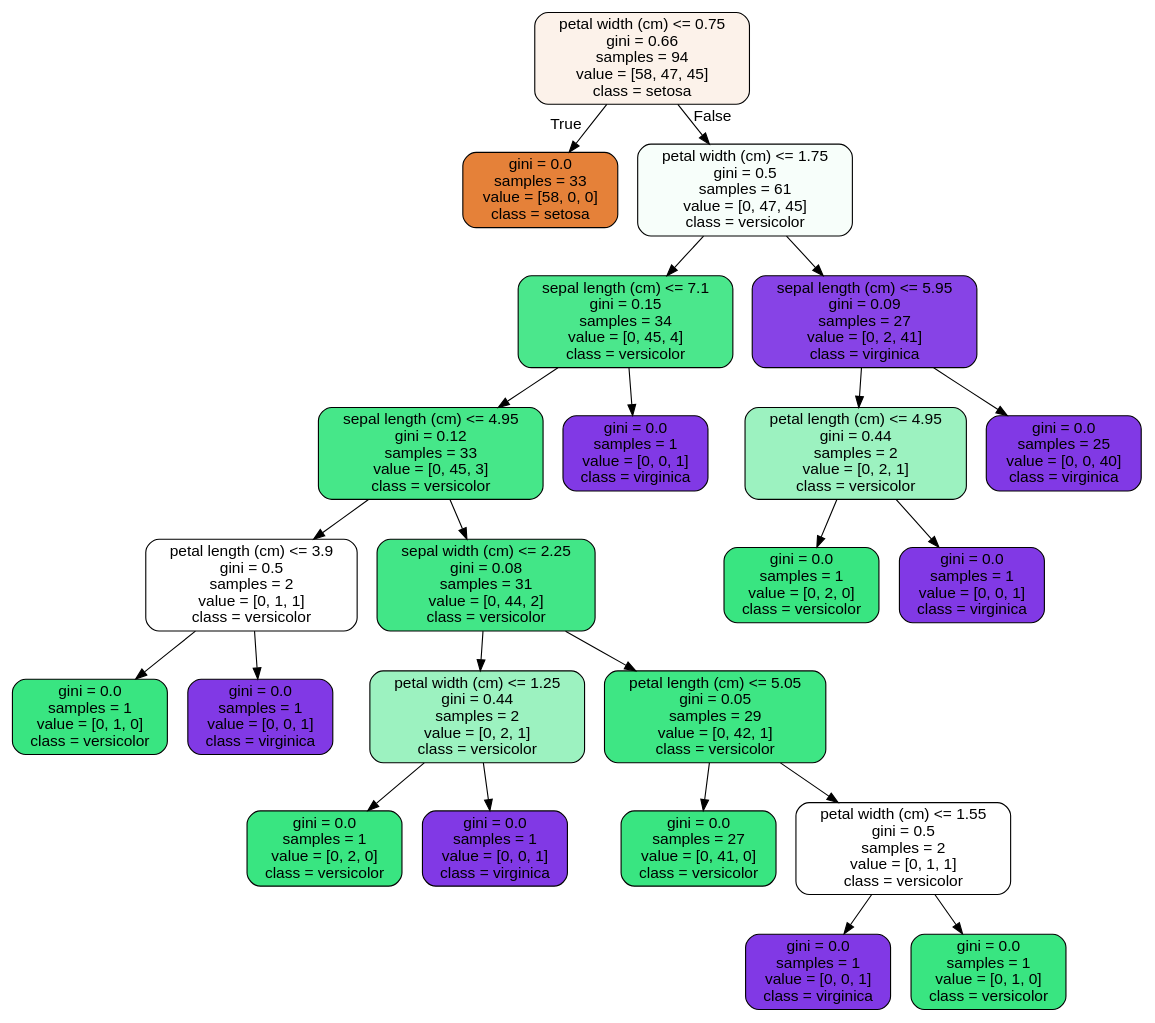
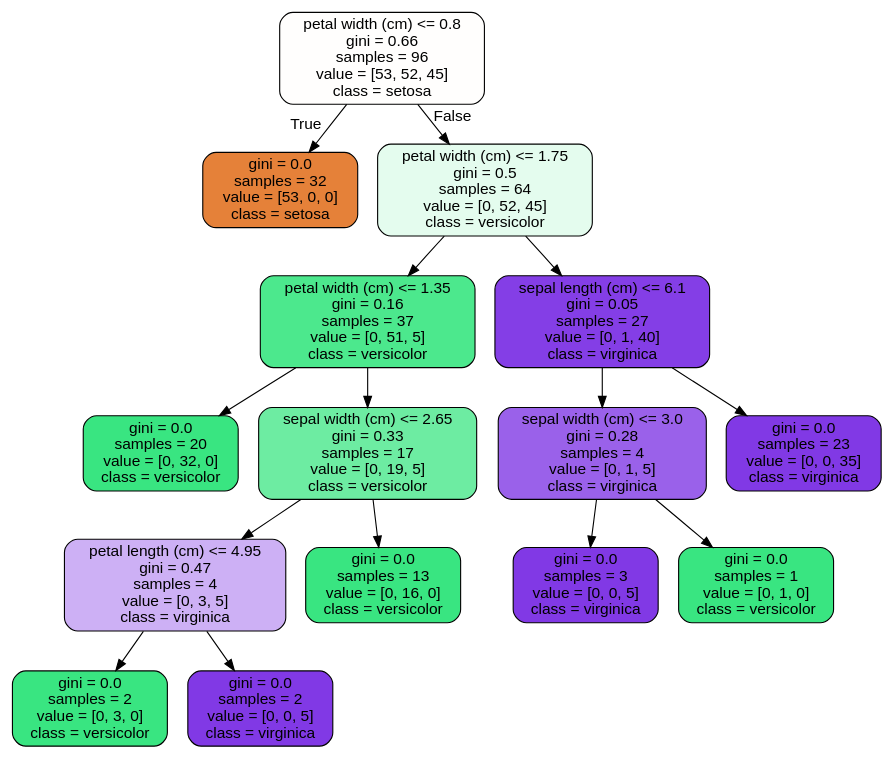
The diagram in RandomForest Covid Case Study/tree.dot (ixc9907/Springboard), drawn with Graphviz before and after one commit. The commit also changed 2 other files, not shown here.

```diff
--- a/RandomForest Covid Case Study/tree.dot
+++ b/RandomForest Covid Case Study/tree.dot
@@ -1,49 +1,33 @@
 digraph Tree {
 node [shape=box, style="filled, rounded", color="black", fontname=helvetica] ;
 edge [fontname=helvetica] ;
-0 [label="petal width (cm) <= 0.75\ngini = 0.66\nsamples = 94\nvalue = [58, 47, 45]\nclass = setosa", fillcolor="#fcf2ea"] ;
-1 [label="gini = 0.0\nsamples = 33\nvalue = [58, 0, 0]\nclass = setosa", fillcolor="#e58139"] ;
+0 [label="petal width (cm) <= 0.8\ngini = 0.66\nsamples = 96\nvalue = [53, 52, 45]\nclass = setosa", fillcolor="#fffefd"] ;
+1 [label="gini = 0.0\nsamples = 32\nvalue = [53, 0, 0]\nclass = setosa", fillcolor="#e58139"] ;
 0 -> 1 [labeldistance=2.5, labelangle=45, headlabel="True"] ;
-2 [label="petal width (cm) <= 1.75\ngini = 0.5\nsamples = 61\nvalue = [0, 47, 45]\nclass = versicolor", fillcolor="#f7fefa"] ;
+2 [label="petal width (cm) <= 1.75\ngini = 0.5\nsamples = 64\nvalue = [0, 52, 45]\nclass = versicolor", fillcolor="#e4fcee"] ;
 0 -> 2 [labeldistance=2.5, labelangle=-45, headlabel="False"] ;
-3 [label="sepal length (cm) <= 7.1\ngini = 0.15\nsamples = 34\nvalue = [0, 45, 4]\nclass = versicolor", fillcolor="#4be78c"] ;
+3 [label="petal width (cm) <= 1.35\ngini = 0.16\nsamples = 37\nvalue = [0, 51, 5]\nclass = versicolor", fillcolor="#4ce88d"] ;
 2 -> 3 ;
-4 [label="sepal length (cm) <= 4.95\ngini = 0.12\nsamples = 33\nvalue = [0, 45, 3]\nclass = versicolor", fillcolor="#46e789"] ;
+4 [label="gini = 0.0\nsamples = 20\nvalue = [0, 32, 0]\nclass = versicolor", fillcolor="#39e581"] ;
 3 -> 4 ;
-5 [label="petal length (cm) <= 3.9\ngini = 0.5\nsamples = 2\nvalue = [0, 1, 1]\nclass = versicolor", fillcolor="#ffffff"] ;
-4 -> 5 ;
-6 [label="gini = 0.0\nsamples = 1\nvalue = [0, 1, 0]\nclass = versicolor", fillcolor="#39e581"] ;
+5 [label="sepal width (cm) <= 2.65\ngini = 0.33\nsamples = 17\nvalue = [0, 19, 5]\nclass = versicolor", fillcolor="#6deca2"] ;
+3 -> 5 ;
+6 [label="petal length (cm) <= 4.95\ngini = 0.47\nsamples = 4\nvalue = [0, 3, 5]\nclass = virginica", fillcolor="#cdb0f5"] ;
 5 -> 6 ;
-7 [label="gini = 0.0\nsamples = 1\nvalue = [0, 0, 1]\nclass = virginica", fillcolor="#8139e5"] ;
-5 -> 7 ;
-8 [label="sepal width (cm) <= 2.25\ngini = 0.08\nsamples = 31\nvalue = [0, 44, 2]\nclass = versicolor", fillcolor="#42e687"] ;
-4 -> 8 ;
-9 [label="petal width (cm) <= 1.25\ngini = 0.44\nsamples = 2\nvalue = [0, 2, 1]\nclass = versicolor", fillcolor="#9cf2c0"] ;
-8 -> 9 ;
-10 [label="gini = 0.0\nsamples = 1\nvalue = [0, 2, 0]\nclass = versicolor", fillcolor="#39e581"] ;
-9 -> 10 ;
-11 [label="gini = 0.0\nsamples = 1\nvalue = [0, 0, 1]\nclass = virginica", fillcolor="#8139e5"] ;
-9 -> 11 ;
-12 [label="petal length (cm) <= 5.05\ngini = 0.05\nsamples = 29\nvalue = [0, 42, 1]\nclass = versicolor", fillcolor="#3ee684"] ;
-8 -> 12 ;
-13 [label="gini = 0.0\nsamples = 27\nvalue = [0, 41, 0]\nclass = versicolor", fillcolor="#39e581"] ;
-12 -> 13 ;
-14 [label="petal width (cm) <= 1.55\ngini = 0.5\nsamples = 2\nvalue = [0, 1, 1]\nclass = versicolor", fillcolor="#ffffff"] ;
-12 -> 14 ;
-15 [label="gini = 0.0\nsamples = 1\nvalue = [0, 0, 1]\nclass = virginica", fillcolor="#8139e5"] ;
-14 -> 15 ;
-16 [label="gini = 0.0\nsamples = 1\nvalue = [0, 1, 0]\nclass = versicolor", fillcolor="#39e581"] ;
-14 -> 16 ;
-17 [label="gini = 0.0\nsamples = 1\nvalue = [0, 0, 1]\nclass = virginica", fillcolor="#8139e5"] ;
-3 -> 17 ;
-18 [label="sepal length (cm) <= 5.95\ngini = 0.09\nsamples = 27\nvalue = [0, 2, 41]\nclass = virginica", fillcolor="#8743e6"] ;
-2 -> 18 ;
-19 [label="petal length (cm) <= 4.95\ngini = 0.44\nsamples = 2\nvalue = [0, 2, 1]\nclass = versicolor", fillcolor="#9cf2c0"] ;
-18 -> 19 ;
-20 [label="gini = 0.0\nsamples = 1\nvalue = [0, 2, 0]\nclass = versicolor", fillcolor="#39e581"] ;
-19 -> 20 ;
-21 [label="gini = 0.0\nsamples = 1\nvalue = [0, 0, 1]\nclass = virginica", fillcolor="#8139e5"] ;
-19 -> 21 ;
-22 [label="gini = 0.0\nsamples = 25\nvalue = [0, 0, 40]\nclass = virginica", fillcolor="#8139e5"] ;
-18 -> 22 ;
+7 [label="gini = 0.0\nsamples = 2\nvalue = [0, 3, 0]\nclass = versicolor", fillcolor="#39e581"] ;
+6 -> 7 ;
+8 [label="gini = 0.0\nsamples = 2\nvalue = [0, 0, 5]\nclass = virginica", fillcolor="#8139e5"] ;
+6 -> 8 ;
+9 [label="gini = 0.0\nsamples = 13\nvalue = [0, 16, 0]\nclass = versicolor", fillcolor="#39e581"] ;
+5 -> 9 ;
+10 [label="sepal length (cm) <= 6.1\ngini = 0.05\nsamples = 27\nvalue = [0, 1, 40]\nclass = virginica", fillcolor="#843ee6"] ;
+2 -> 10 ;
+11 [label="sepal width (cm) <= 3.0\ngini = 0.28\nsamples = 4\nvalue = [0, 1, 5]\nclass = virginica", fillcolor="#9a61ea"] ;
+10 -> 11 ;
+12 [label="gini = 0.0\nsamples = 3\nvalue = [0, 0, 5]\nclass = virginica", fillcolor="#8139e5"] ;
+11 -> 12 ;
+13 [label="gini = 0.0\nsamples = 1\nvalue = [0, 1, 0]\nclass = versicolor", fillcolor="#39e581"] ;
+11 -> 13 ;
+14 [label="gini = 0.0\nsamples = 23\nvalue = [0, 0, 35]\nclass = virginica", fillcolor="#8139e5"] ;
+10 -> 14 ;
 }
```
